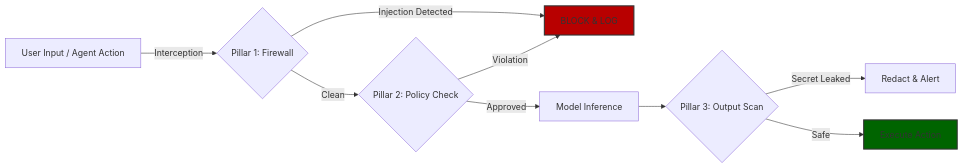
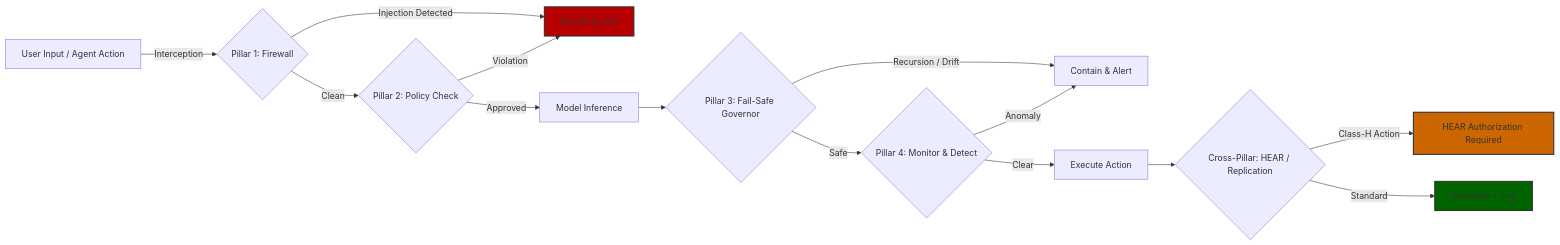
Before and after one commit to CyberStrategyInstitute/ai-safe2-framework: the diagram in README.md, drawn with Mermaid. The commit also changed other lines of this file and 84 other files, not shown here.

````diff
--- a/README.md
+++ b/README.md
@@ -165,14 +144,20 @@
 ```mermaid
 graph LR;
     A[User Input / Agent Action] -->|Interception| B{Pillar 1: Firewall};
     B -- "Injection Detected" --> C[BLOCK & LOG];
     B -- "Clean" --> D{Pillar 2: Policy Check};
     D -- "Violation" --> C;
     D -- "Approved" --> E[Model Inference];
-    E --> F{Pillar 3: Output Scan};
-    F -- "Secret Leaked" --> G[Redact & Alert];
-    F -- "Safe" --> H[Execute Action];
- 
+    E --> F{Pillar 3: Fail-Safe Governor};
+    F -- "Recursion / Drift" --> G[Contain & Alert];
+    F -- "Safe" --> H{Pillar 4: Monitor & Detect};
+    H -- "Anomaly" --> G;
+    H -- "Clear" --> I[Execute Action];
+    I --> J{Cross-Pillar: HEAR / Replication};
+    J -- "Class-H Action" --> K[HEAR Authorization Required];
+    J -- "Standard" --> L[Complete + Log];
+
 style C fill:#B80000,stroke:#333,stroke-width:2px;
-style H fill:#006400,stroke:#333,stroke-width:2px;
-``` 
+style L fill:#006400,stroke:#333,stroke-width:2px;
+style K fill:#cc6600,stroke:#333,stroke-width:2px;
+```
````
